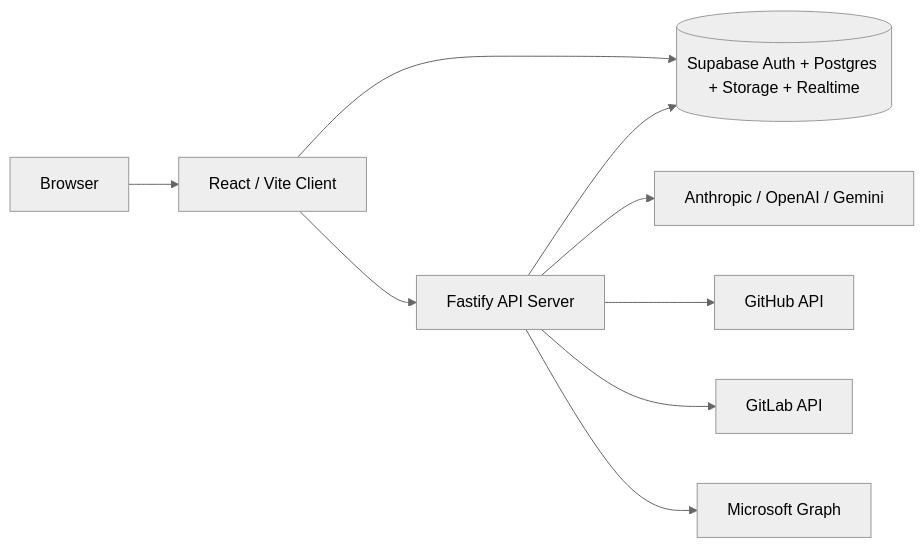
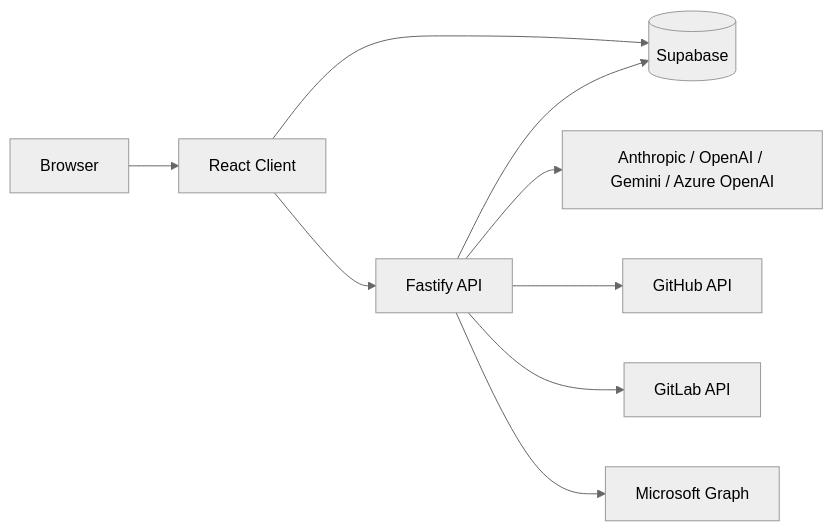
One commit to khicks1724/odyssey changed the diagram in README.md. Above: the diagram before and after it, drawn with Mermaid (neutral theme). The commit also changed other lines of this file and 5 other files, not shown here.

````diff
--- a/README.md
+++ b/README.md
@@ -56,11 +42,11 @@
 ```mermaid
 flowchart LR
-  U[Browser] --> C[React / Vite Client]
-  C --> A[Fastify API Server]
-  C --> S[(Supabase Auth + Postgres + Storage + Realtime)]
+  B[Browser] --> C[React Client]
+  C --> A[Fastify API]
+  C --> S[(Supabase)]
   A --> S
-  A --> AI[Anthropic / OpenAI / Gemini]
+  A --> AI[Anthropic / OpenAI / Gemini / Azure OpenAI]
   A --> GH[GitHub API]
   A --> GL[GitLab API]
   A --> MS[Microsoft Graph]
 ```
````
